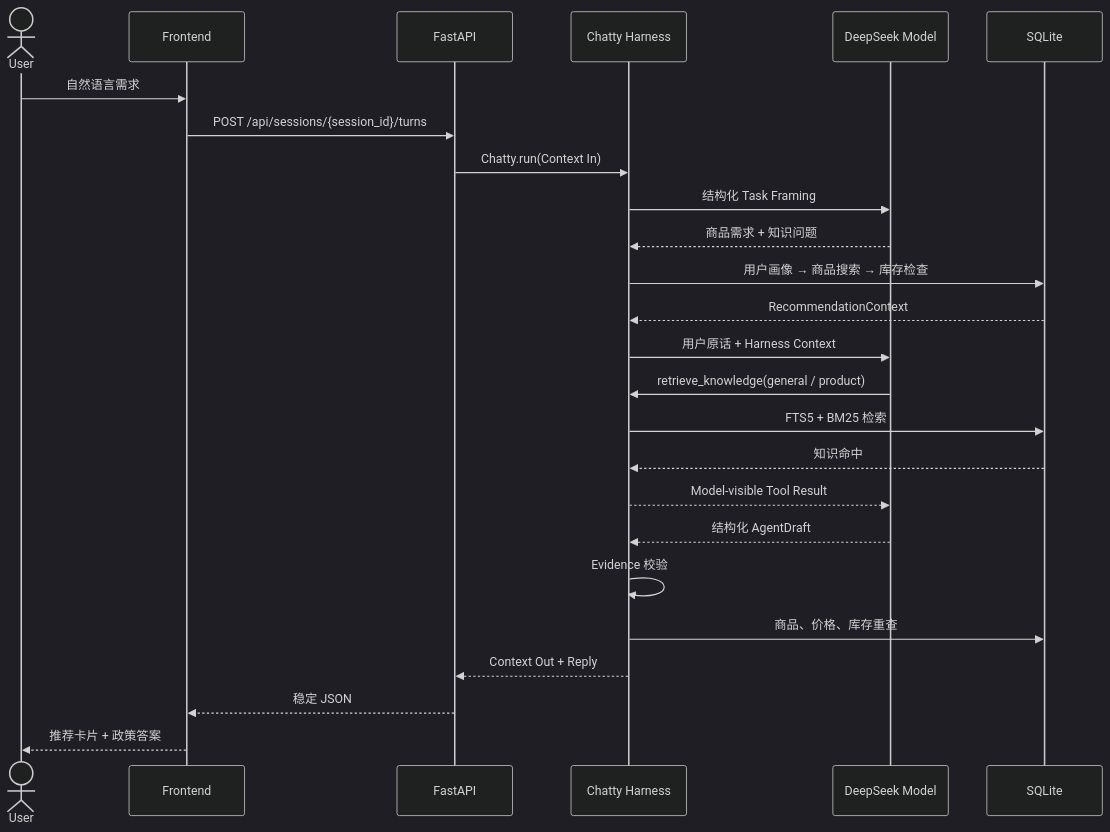
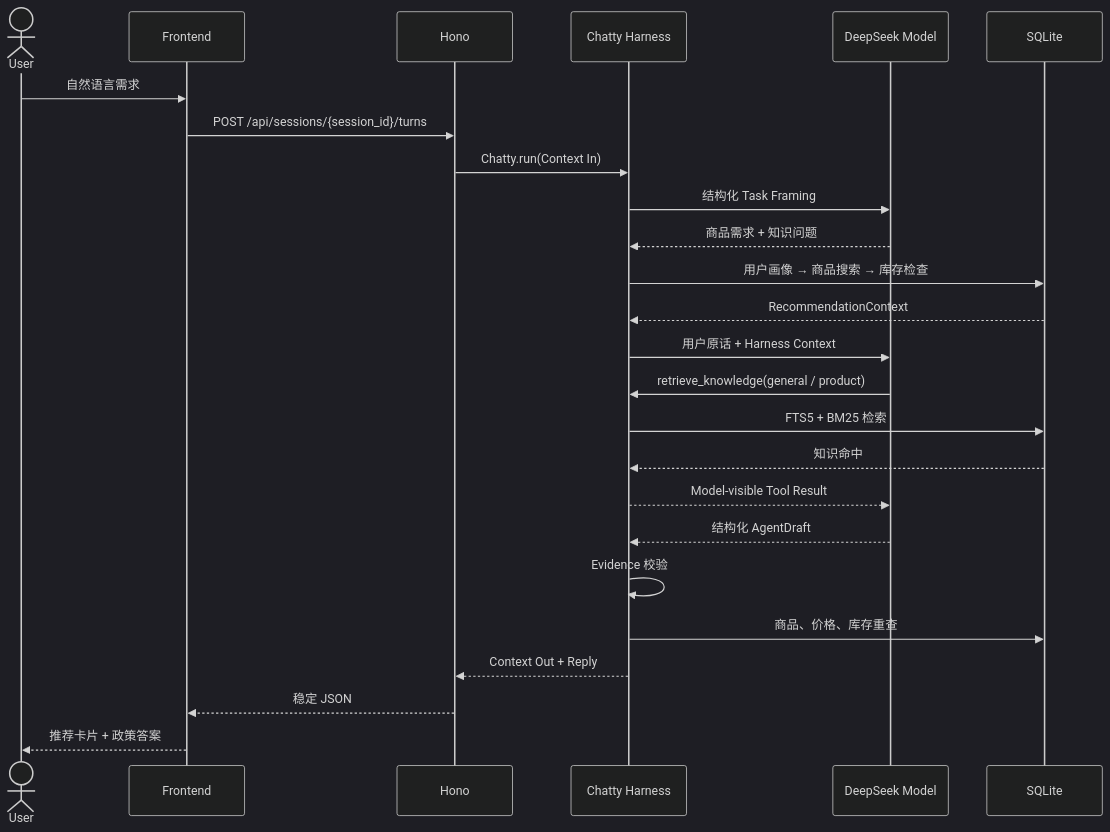
Before and after one commit to ImWenyaoT/chatty: the diagram in docs/chatty-book/chapter2.md, drawn with Mermaid (dark theme). The commit also changed other lines of this file and 104 other files, not shown here.

First line of the commit message:
迁移：后端从 Python/FastAPI 迁移到 TypeScript/Node (#59)

````diff
--- a/docs/chatty-book/chapter2.md
+++ b/docs/chatty-book/chapter2.md
@@ -58,28 +60,28 @@
 ```mermaid
 sequenceDiagram
     actor U as User
     participant F as Frontend
-    participant A as FastAPI
+    participant A as Hono
     participant H as Chatty Harness
     participant M as DeepSeek Model
     participant D as SQLite
 
     U->>F: 自然语言需求
     F->>A: POST /api/sessions/{session_id}/turns
     A->>H: Chatty.run(Context In)
     H->>M: 结构化 Task Framing
     M-->>H: 商品需求 + 知识问题
     H->>D: 用户画像 → 商品搜索 → 库存检查
     D-->>H: RecommendationContext
     H->>M: 用户原话 + Harness Context
     M->>H: retrieve_knowledge(general / product)
     H->>D: FTS5 + BM25 检索
     D-->>H: 知识命中
     H-->>M: Model-visible Tool Result
     M-->>H: 结构化 AgentDraft
     H->>H: Evidence 校验
     H->>D: 商品、价格、库存重查
     H-->>A: Context Out + Reply
     A-->>F: 稳定 JSON
     F-->>U: 推荐卡片 + 政策答案
 ```
````
